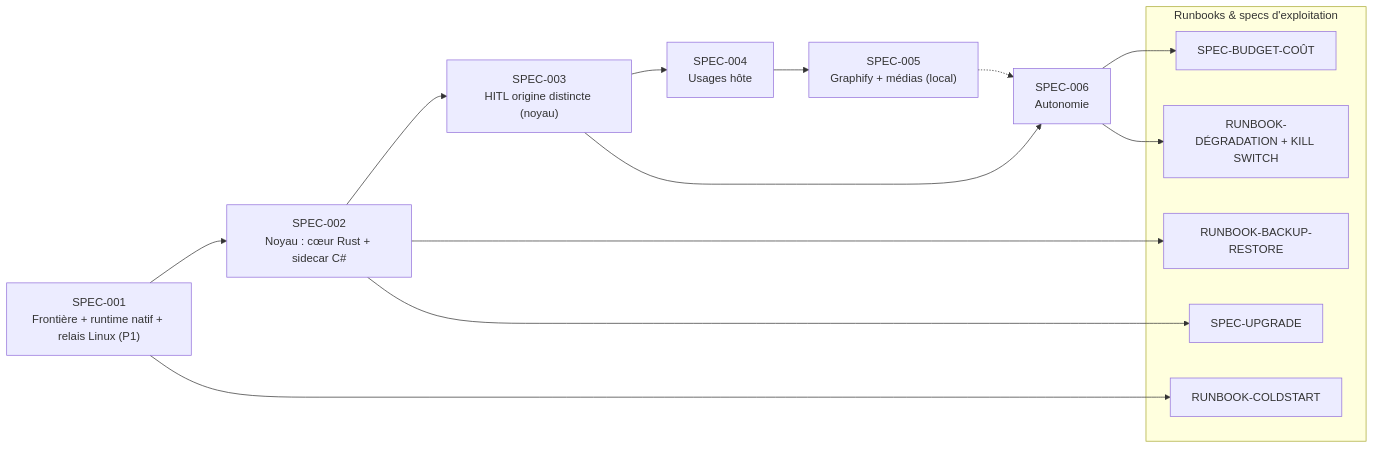
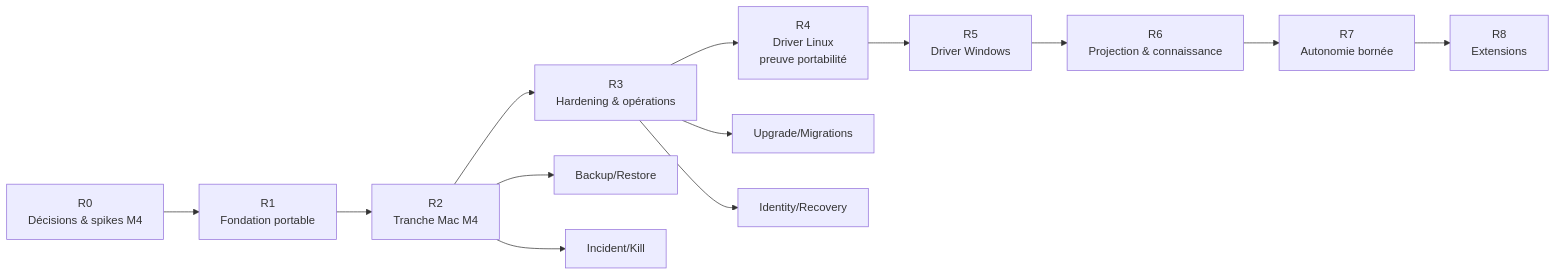
The diagram in ROADMAP-SPECS.md (elidrissifaouzir1987/HelixOS), drawn with Mermaid before and after one commit. The commit also changed other lines of this file and 155 other files, not shown here.

````diff
--- a/ROADMAP-SPECS.md
+++ b/ROADMAP-SPECS.md
@@ -14,23 +60,21 @@
 ```mermaid
 flowchart LR
-    S1["SPEC-001<br/>Frontière + runtime natif + relais Linux (P1)"] --> S2["SPEC-002<br/>Noyau : cœur Rust + sidecar C#"]
-    S2 --> S3["SPEC-003<br/>HITL origine distincte (noyau)"]
-    S3 --> S4["SPEC-004<br/>Usages hôte"]
-    S4 --> S5["SPEC-005<br/>Graphify + médias (local)"]
-    S3 --> S6["SPEC-006<br/>Autonomie"]
-    S5 -.-> S6
+    R0["R0<br/>Décisions & spikes M4"] --> R1["R1<br/>Fondation portable"]
+    R1 --> R2["R2<br/>Tranche Mac M4"]
+    R2 --> R3["R3<br/>Hardening & opérations"]
+    R3 --> R4["R4<br/>Driver Linux<br/>preuve portabilité"]
+    R4 --> R5["R5<br/>Driver Windows"]
+    R5 --> R6["R6<br/>Projection & connaissance"]
+    R6 --> R7["R7<br/>Autonomie bornée"]
+    R7 --> R8["R8<br/>Extensions"]
 
-    subgraph RB["Runbooks & specs d'exploitation"]
-        R1["RUNBOOK-BACKUP-RESTORE"]
-        R2["SPEC-UPGRADE"]
-        R3["RUNBOOK-COLDSTART"]
-        R4["SPEC-BUDGET-COÛT"]
-        R5["RUNBOOK-DÉGRADATION + KILL SWITCH"]
-    end
+    O1["Backup/Restore"]
+    O2["Upgrade/Migrations"]
+    O3["Incident/Kill"]
+    O4["Identity/Recovery"]
 
-    S1 --> R3
-    S2 --> R1
-    S2 --> R2
-    S6 --> R4
-    S6 --> R5
+    R2 --> O1
+    R2 --> O3
+    R3 --> O2
+    R3 --> O4
 ```
````
